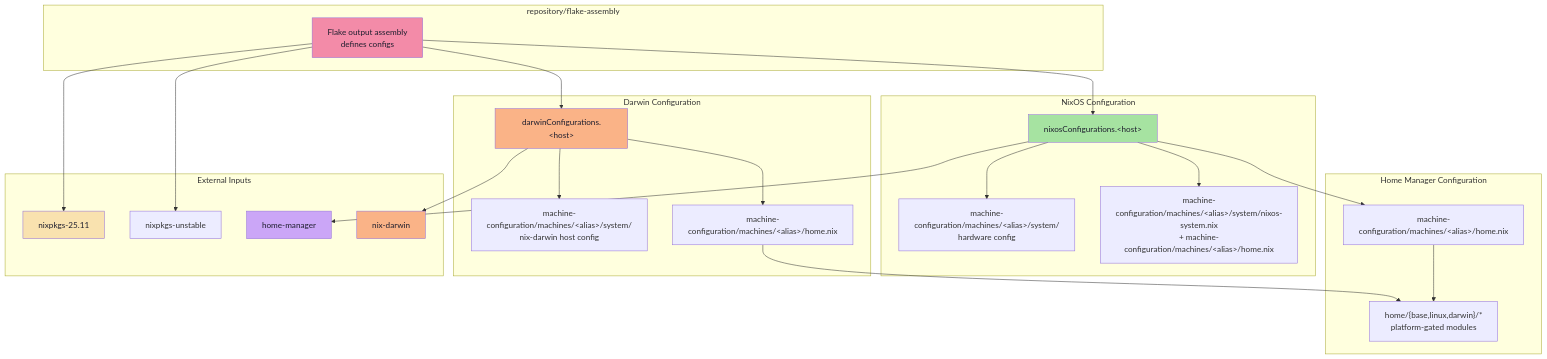
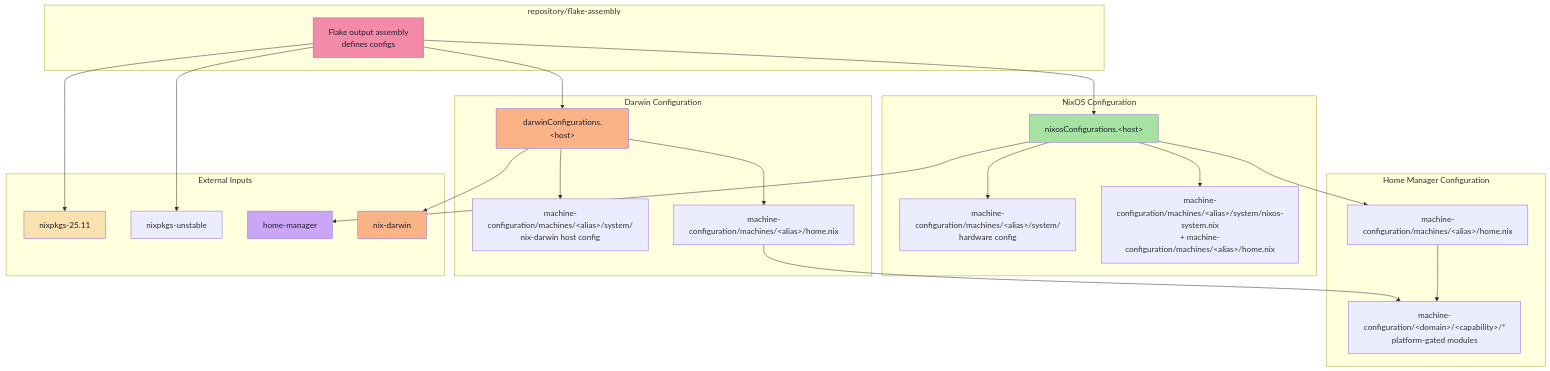
The diagram in README.md (Castrozan/.dotfiles), drawn with Mermaid before and after one commit. The commit also changed other lines of this file and 40 other files, not shown here.

````diff
--- a/README.md
+++ b/README.md
@@ -137,55 +137,55 @@
 ```mermaid
 graph TD
     subgraph "repository/flake-assembly"
         Flake["Flake output assembly<br/>defines configs"]
     end
 
     subgraph "NixOS Configuration"
         NixOS["nixosConfigurations.&lt;host&gt;"]
         Host["machine-configuration/machines/&lt;alias&gt;/system/<br/>hardware config"]
         UserNixOS["machine-configuration/machines/&lt;alias&gt;/system/nixos-system.nix<br/>+ machine-configuration/machines/&lt;alias&gt;/home.nix"]
     end
 
     subgraph "Darwin Configuration"
         Darwin["darwinConfigurations.&lt;host&gt;"]
         DarwinHost["machine-configuration/machines/&lt;alias&gt;/system/<br/>nix-darwin host config"]
         DarwinHome["machine-configuration/machines/&lt;alias&gt;/home.nix"]
     end
 
     subgraph "Home Manager Configuration"
         UserHome["machine-configuration/machines/&lt;alias&gt;/home.nix"]
-        Modules["home/{base,linux,darwin}/*<br/>platform-gated modules"]
+        Modules["machine-configuration/&lt;domain&gt;/&lt;capability&gt;/*<br/>platform-gated modules"]
     end
 
     subgraph "External Inputs"
         Nixpkgs["nixpkgs-25.11"]
         Unstable["nixpkgs-unstable"]
         HM["home-manager"]
         ND["nix-darwin"]
     end
 
     Flake --> NixOS
     Flake --> Darwin
 
     NixOS --> Host
     NixOS --> UserNixOS
     NixOS --> HM
 
     Darwin --> DarwinHost
     Darwin --> DarwinHome
     Darwin --> ND
 
     NixOS --> UserHome
     UserHome --> Modules
     DarwinHome --> Modules
     
     Flake --> Nixpkgs
     Flake --> Unstable
 
     style Flake fill:#f38ba8,color:#1e1e2e
     style NixOS fill:#a6e3a1,color:#1e1e2e
     style Darwin fill:#fab387,color:#1e1e2e
     style Nixpkgs fill:#f9e2af,color:#1e1e2e
     style HM fill:#cba6f7,color:#1e1e2e
     style ND fill:#fab387,color:#1e1e2e
 ```
````
